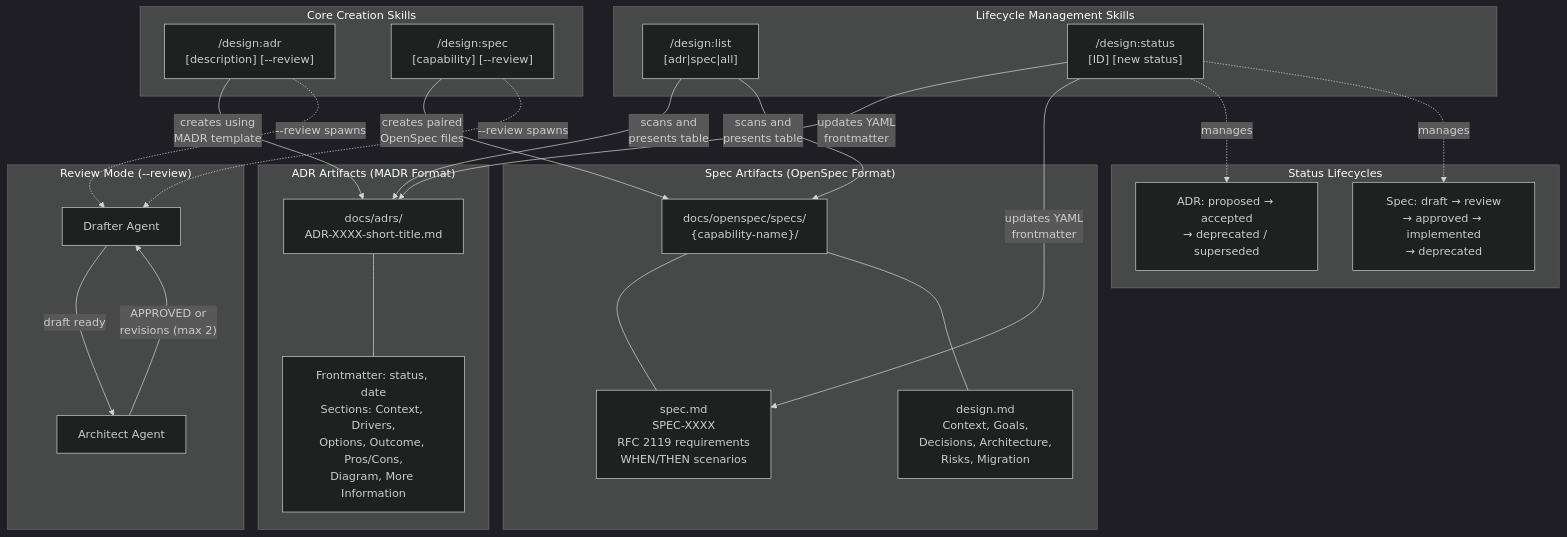
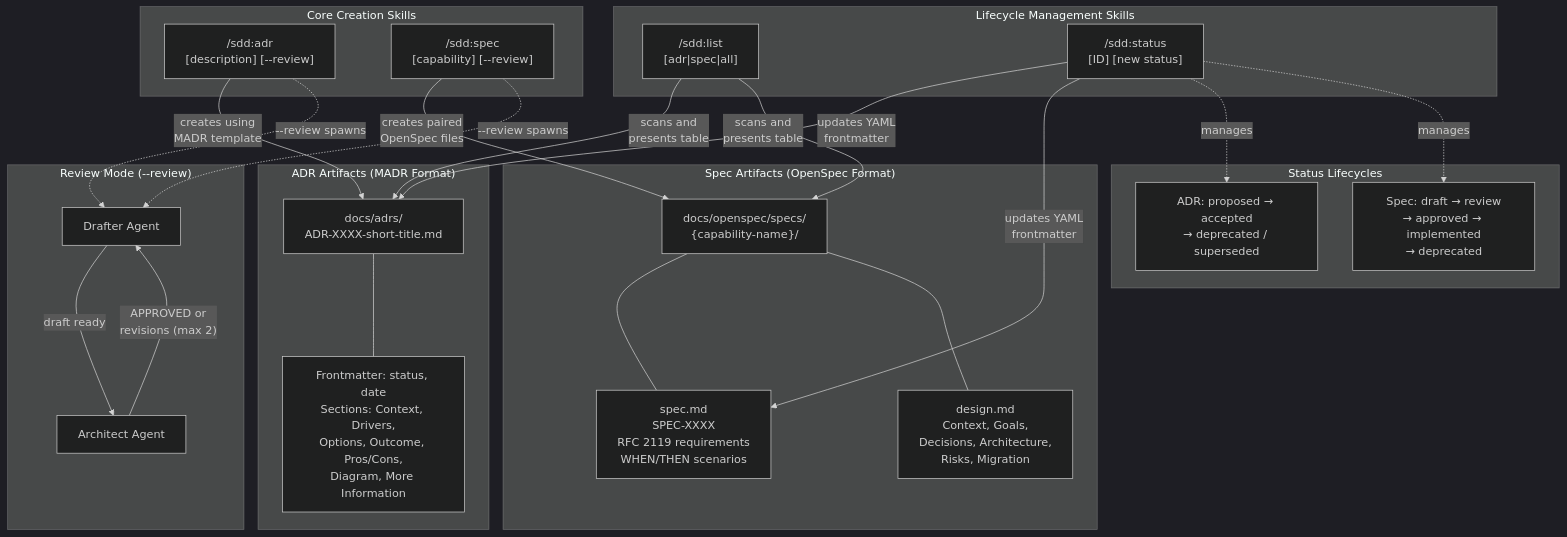
The diagram in docs/adrs/ADR-0003-foundational-skills-and-artifact-formats.md (joestump/claude-plugin-design), drawn with Mermaid (dark theme) before and after one commit. The commit also changed other lines of this file and 106 other files, not shown here.

First line of the commit message:
Rename plugin: design → sdd (Spec-Driven Development) (#75)

````diff
--- a/docs/adrs/ADR-0003-foundational-skills-and-artifact-formats.md
+++ b/docs/adrs/ADR-0003-foundational-skills-and-artifact-formats.md
@@ -152,54 +152,54 @@
 ```mermaid
 flowchart TB
     subgraph "Core Creation Skills"
-        adr["/design:adr\n[description] [--review]"]
-        spec["/design:spec\n[capability] [--review]"]
+        adr["/sdd:adr\n[description] [--review]"]
+        spec["/sdd:spec\n[capability] [--review]"]
     end
 
     subgraph "Lifecycle Management Skills"
-        list["/design:list\n[adr|spec|all]"]
-        status["/design:status\n[ID] [new status]"]
+        list["/sdd:list\n[adr|spec|all]"]
+        status["/sdd:status\n[ID] [new status]"]
     end
 
     subgraph "ADR Artifacts (MADR Format)"
         adrs["docs/adrs/\nADR-XXXX-short-title.md"]
         adr_sections["Frontmatter: status, date\nSections: Context, Drivers,\nOptions, Outcome, Pros/Cons,\nDiagram, More Information"]
     end
 
     subgraph "Spec Artifacts (OpenSpec Format)"
         spec_dir["docs/openspec/specs/\n{capability-name}/"]
         spec_md["spec.md\nSPEC-XXXX\nRFC 2119 requirements\nWHEN/THEN scenarios"]
         design_md["design.md\nContext, Goals,\nDecisions, Architecture,\nRisks, Migration"]
     end
 
     adr -->|"creates using\nMADR template"| adrs
     adrs --- adr_sections
 
     spec -->|"creates paired\nOpenSpec files"| spec_dir
     spec_dir --- spec_md
     spec_dir --- design_md
 
     list -->|"scans and\npresents table"| adrs
     list -->|"scans and\npresents table"| spec_dir
 
     status -->|"updates YAML\nfrontmatter"| adrs
     status -->|"updates YAML\nfrontmatter"| spec_md
 
     subgraph "Review Mode (--review)"
         drafter["Drafter Agent"]
         architect["Architect Agent"]
         drafter -->|"draft ready"| architect
         architect -->|"APPROVED or\nrevisions (max 2)"| drafter
     end
 
     adr -.->|"--review spawns"| drafter
     spec -.->|"--review spawns"| drafter
 
     subgraph "Status Lifecycles"
         adr_status["ADR: proposed → accepted\n→ deprecated / superseded"]
         spec_status["Spec: draft → review\n→ approved → implemented\n→ deprecated"]
     end
 
     status -.->|"manages"| adr_status
     status -.->|"manages"| spec_status
 ```
````
